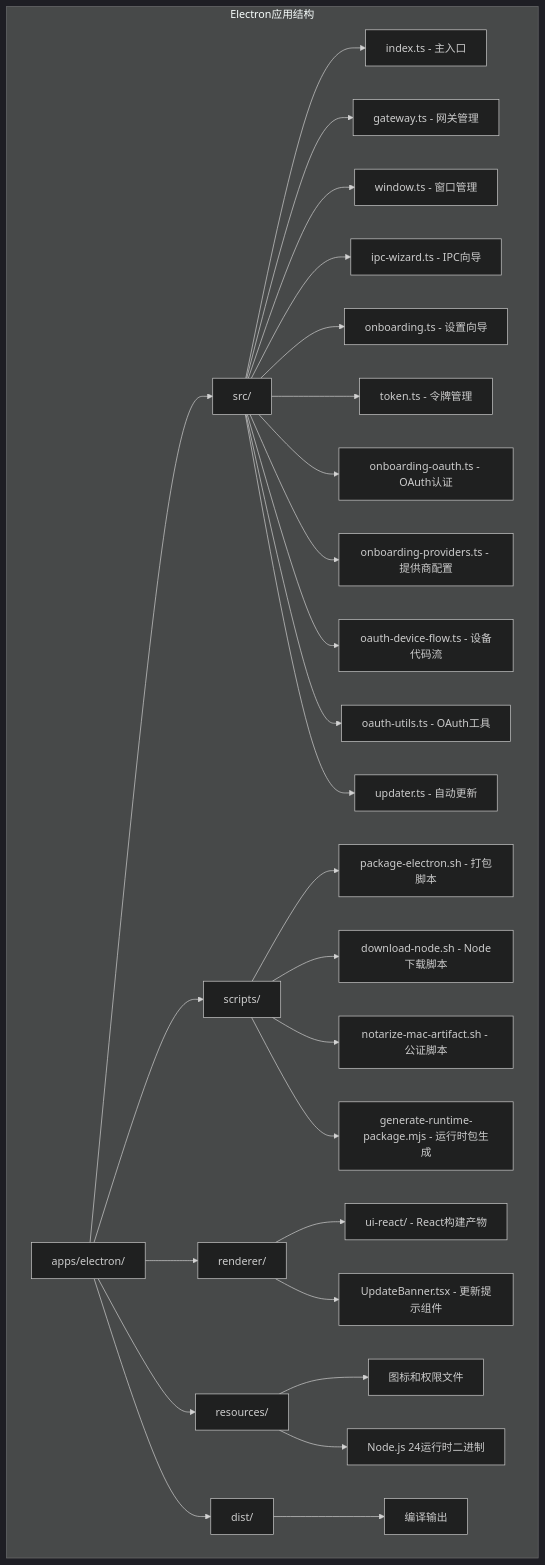
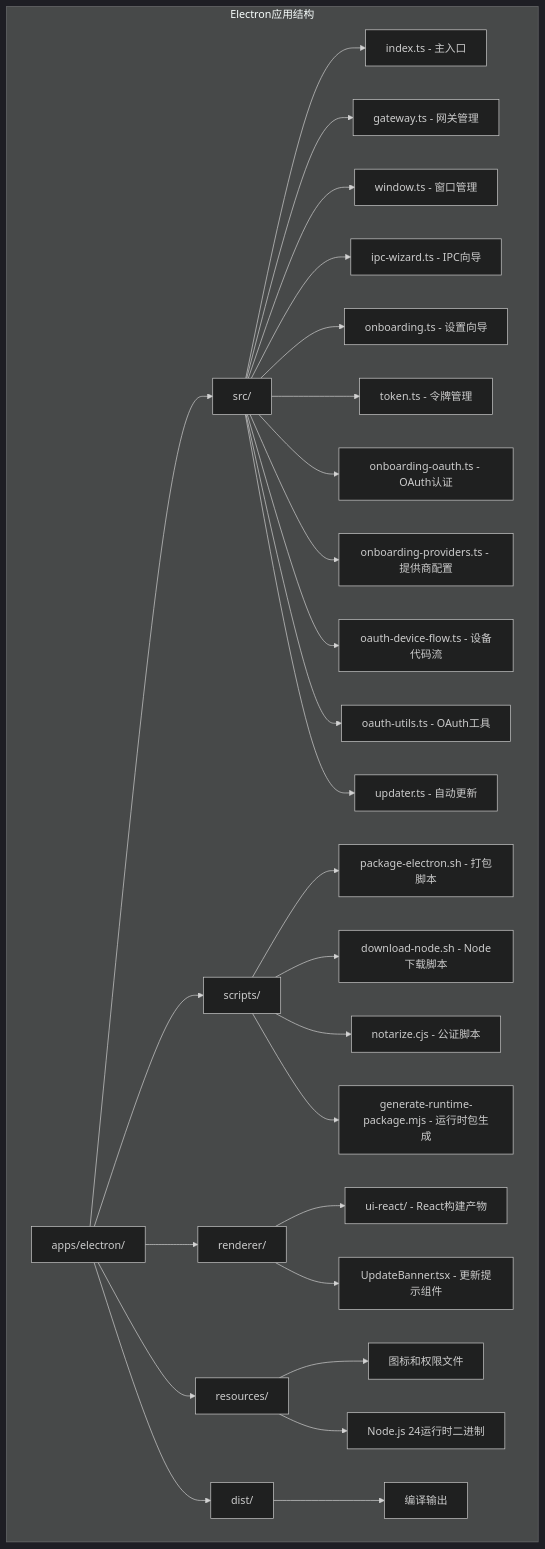
Before and after one commit to verse-ai-org/openclaw: the first of 41 diagrams in .qoder/repowiki/zh/content/核心概念/Electron应用增强.md, drawn with Mermaid (dark theme). The commit also changed other lines of this file and 10 other files, not shown here.

````diff
--- a/.qoder/repowiki/zh/content/核心概念/Electron应用增强.md
+++ b/.qoder/repowiki/zh/content/核心概念/Electron应用增强.md
@@ -105,30 +108,30 @@
 ```mermaid
 graph TB
 subgraph "Electron应用结构"
 A[apps/electron/] --> B[src/]
 A --> C[renderer/]
 A --> D[resources/]
 A --> E[dist/]
 A --> F[scripts/]
 B --> G[index.ts - 主入口]
 B --> H[gateway.ts - 网关管理]
 B --> I[window.ts - 窗口管理]
 B --> J[ipc-wizard.ts - IPC向导]
 B --> K[onboarding.ts - 设置向导]
 B --> L[token.ts - 令牌管理]
 B --> M[onboarding-oauth.ts - OAuth认证]
 B --> N[onboarding-providers.ts - 提供商配置]
 B --> O[oauth-device-flow.ts - 设备代码流]
 B --> P[oauth-utils.ts - OAuth工具]
 B --> Q[updater.ts - 自动更新]
 F --> R[package-electron.sh - 打包脚本]
 F --> S[download-node.sh - Node下载脚本]
-F --> T[notarize-mac-artifact.sh - 公证脚本]
+F --> T[notarize.cjs - 公证脚本]
 F --> U[generate-runtime-package.mjs - 运行时包生成]
 C --> V[ui-react/ - React构建产物]
 C --> W[UpdateBanner.tsx - 更新提示组件]
 D --> X[图标和权限文件]
 D --> Y[Node.js 24运行时二进制]
 E --> Z[编译输出]
 end
 ```
````
